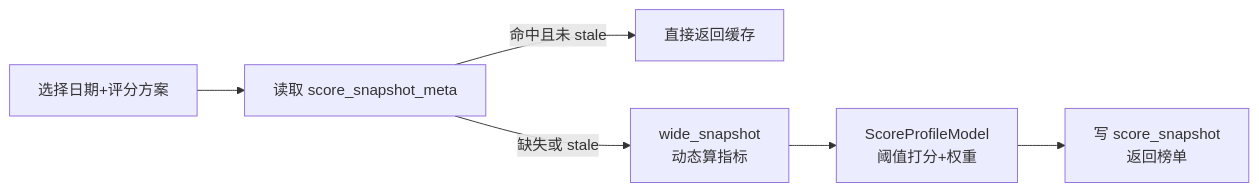
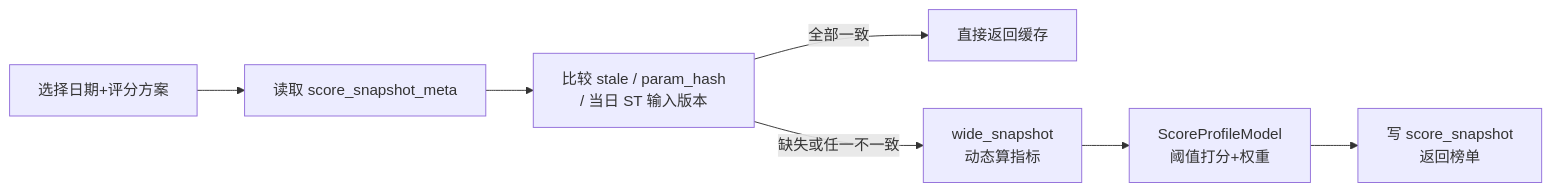
One commit to fulin-peng-ydxs/ai-stocks changed the first of 2 diagrams in agent-works/architecture/screening-and-board.md. Above: the diagram before and after it, drawn with Mermaid. The commit also changed other lines of this file and 9 other files, not shown here.

````diff
--- a/agent-works/architecture/screening-and-board.md
+++ b/agent-works/architecture/screening-and-board.md
@@ -89,8 +89,9 @@
 ```mermaid
 flowchart LR
   A["选择日期+评分方案"] --> B["读取 score_snapshot_meta"]
-  B -->|命中且未 stale| C["直接返回缓存"]
-  B -->|缺失或 stale| D["wide_snapshot\n动态算指标"]
+  B --> V["比较 stale / param_hash\n/ 当日 ST 输入版本"]
+  V -->|全部一致| C["直接返回缓存"]
+  V -->|缺失或任一不一致| D["wide_snapshot\n动态算指标"]
   D --> E["ScoreProfileModel\n阈值打分+权重"]
   E --> F["写 score_snapshot\n返回榜单"]
 ```
````
